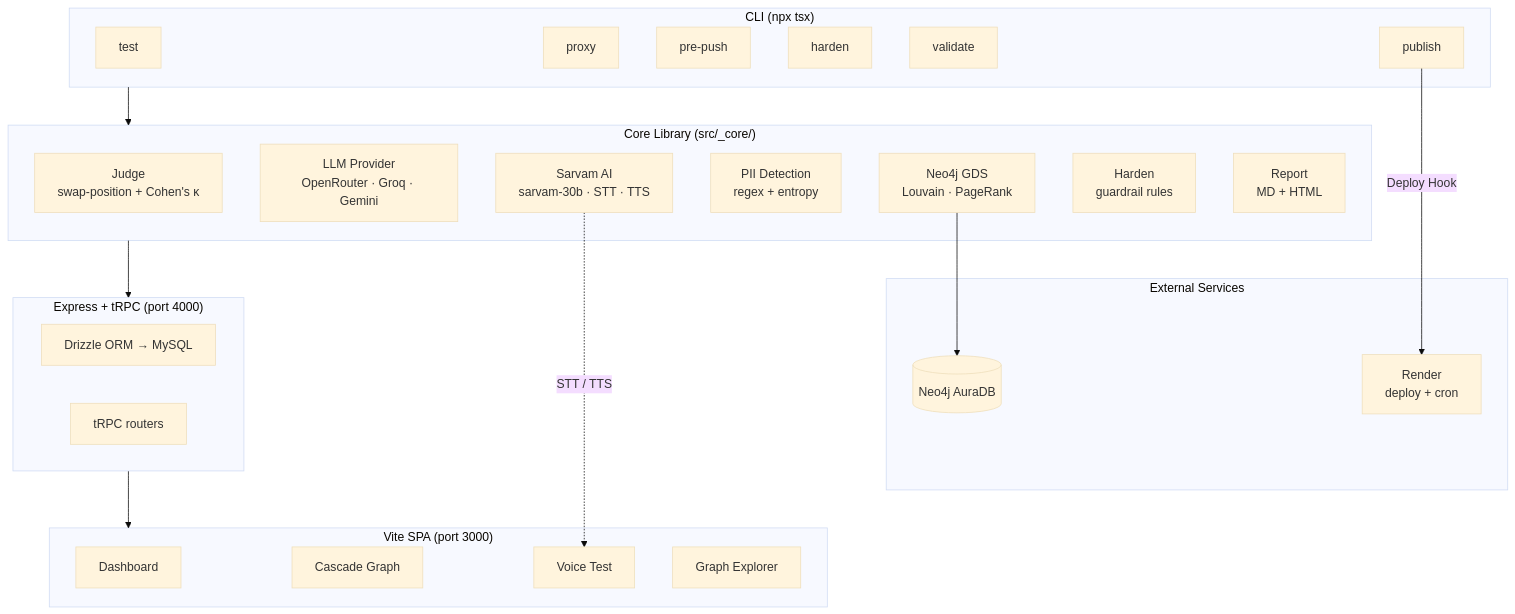
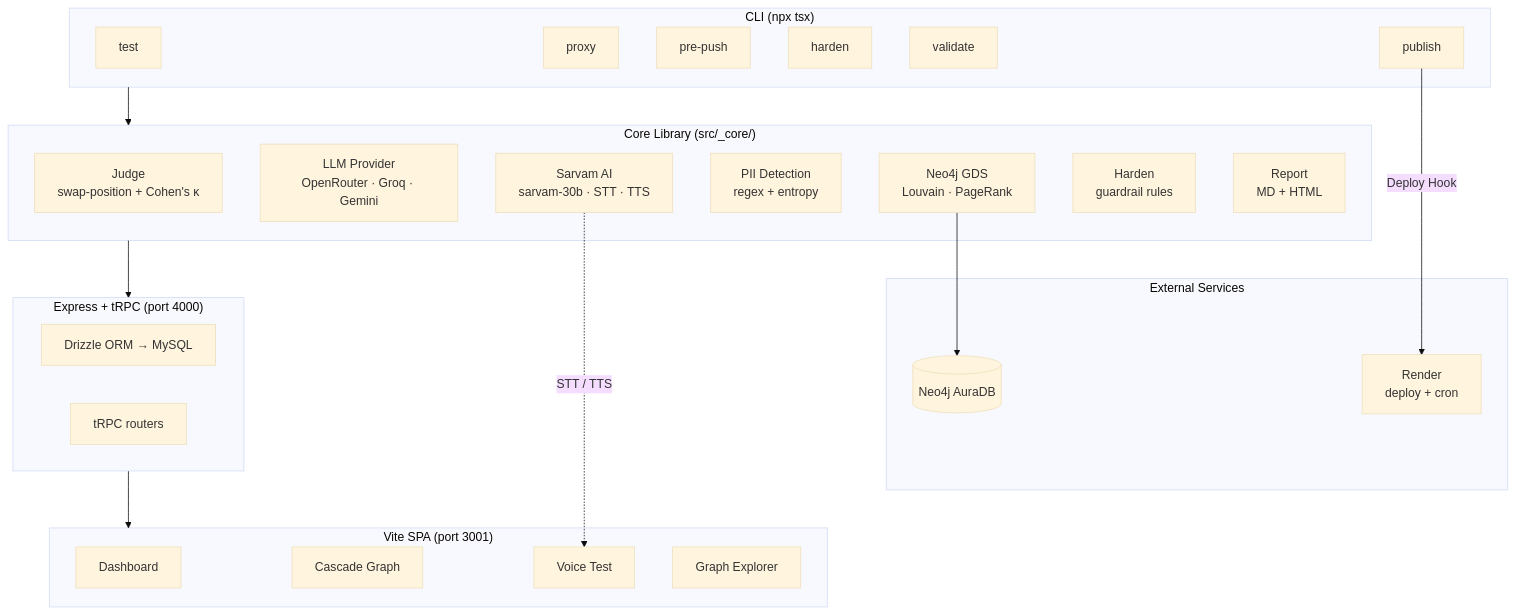
The diagram in README.md (rushdarshan/AgentGuard), drawn with Mermaid (base theme) before and after one commit. The commit also changed other lines of this file and 13 other files, not shown here.

````diff
--- a/README.md
+++ b/README.md
@@ -348,45 +348,45 @@
 ```mermaid
 flowchart TB
     subgraph CLI["CLI (npx tsx)"]
         test["test"]
         proxy["proxy"]
         prepush["pre-push"]
         harden["harden"]
         validate["validate"]
         publish["publish"]
     end
 
     subgraph Core["Core Library (src/_core/)"]
         judge["Judge<br/>swap-position + Cohen's κ"]
         llm["LLM Provider<br/>OpenRouter · Groq · Gemini"]
         sarvam["Sarvam AI<br/>sarvam-30b · STT · TTS"]
         pii["PII Detection<br/>regex + entropy"]
         neo4j["Neo4j GDS<br/>Louvain · PageRank"]
         hardening["Harden<br/>guardrail rules"]
         report["Report<br/>MD + HTML"]
     end
 
     subgraph Server["Express + tRPC (port 4000)"]
         drizzle["Drizzle ORM → MySQL"]
         trpc["tRPC routers"]
     end
 
-    subgraph Frontend["Vite SPA (port 3000)"]
+    subgraph Frontend["Vite SPA (port 3001)"]
         dashboard["Dashboard"]
         cascade["Cascade Graph"]
         voice["Voice Test"]
         explorer["Graph Explorer"]
     end
 
     subgraph External["External Services"]
         neo4jdb[("Neo4j AuraDB")]
         render["Render<br/>deploy + cron"]
     end
 
     CLI --> Core
     Core --> Server
     Server --> Frontend
     neo4j --> neo4jdb
     sarvam -.->|"STT / TTS"| voice
     publish -->|"Deploy Hook"| render
 ```
````
